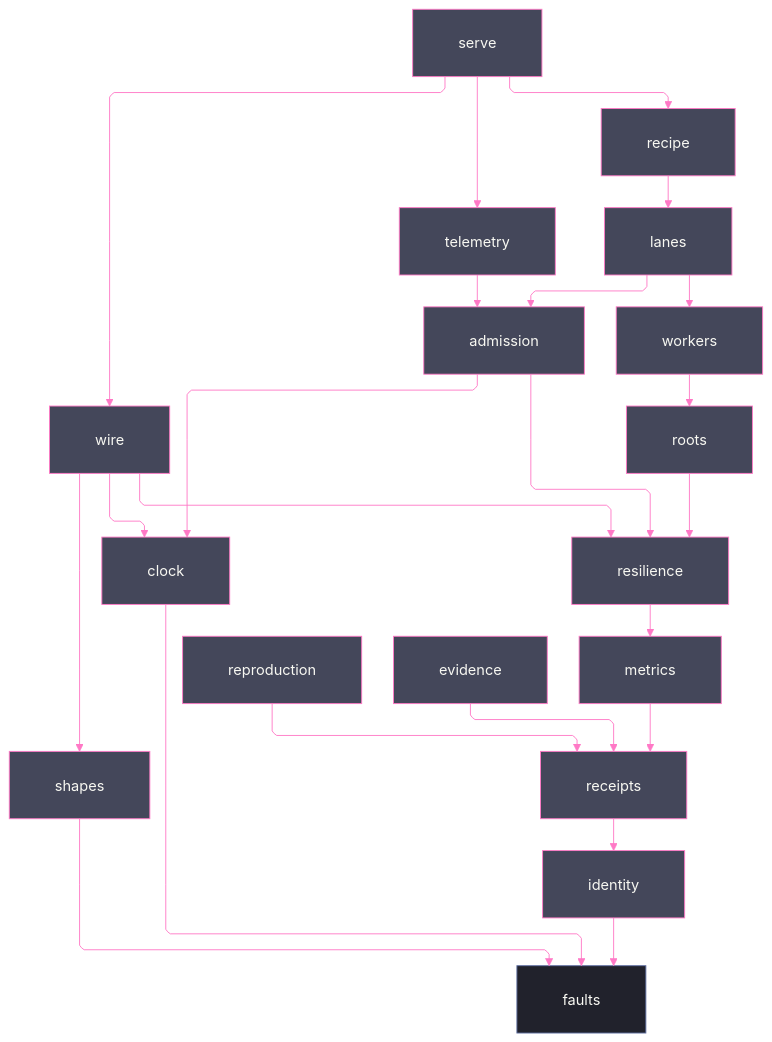
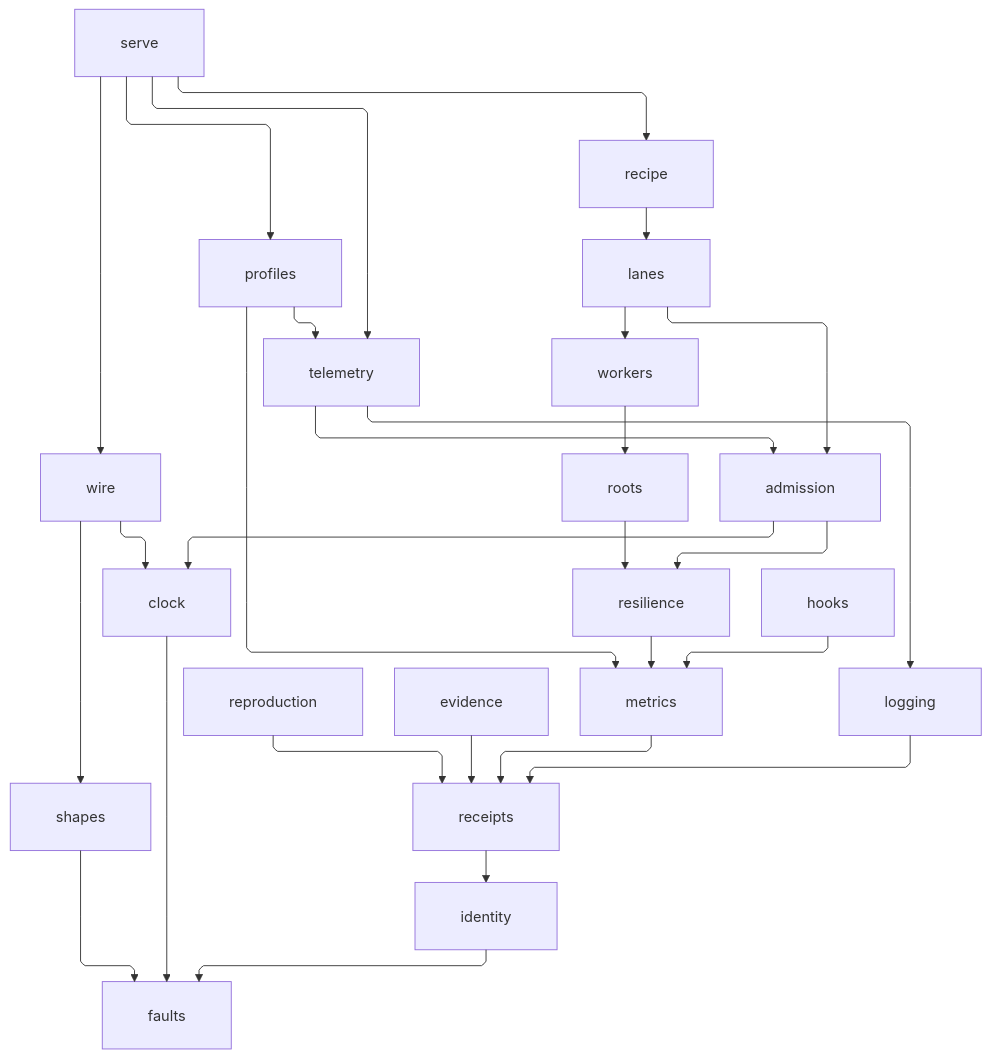
Before and after one commit to bsamiee/Rasm: the third of 3 diagrams in libs/python/runtime/ARCHITECTURE.md, drawn with Mermaid. The commit also changed other lines of this file and 460 other files, not shown here.

Commit message:
campaign(observability): tri-language signal-fabric corpus, .api admission waves, themed-slice + ideation-pool workflows, assay docs rail cleanup

````diff
--- a/libs/python/runtime/ARCHITECTURE.md
+++ b/libs/python/runtime/ARCHITECTURE.md
@@ -179,76 +123,59 @@
 ```mermaid
 ---
 config:
-  theme: base
-  look: classic
   layout: elk
   flowchart:
     curve: linear
     padding: 25
-  themeVariables:
-    darkMode: true
-    fontFamily: "SF Mono, Menlo, Cascadia Mono, Segoe UI Mono, Consolas, monospace"
-    useGradient: false
-    dropShadow: "none"
-    background: "#282A36"
-    primaryColor: "#44475A"
-    primaryTextColor: "#F8F8F2"
-    primaryBorderColor: "#BD93F9"
-    lineColor: "#FF79C6"
-    textColor: "#F8F8F2"
-    clusterBkg: "#21222C"
-    clusterBorder: "#D6BCFA"
-    edgeLabelBackground: "#21222C"
-    labelBackgroundColor: "#21222C"
-    titleColor: "#D6BCFA"
-  themeCSS: ".nodeLabel{font-size:13px;font-weight:500}.edgeLabel{font-size:12px;font-weight:500}.cluster-label .nodeLabel{font-size:13.5px;font-weight:700;letter-spacing:.08em}.edge-thickness-normal{stroke-width:2px}.edge-thickness-thick{stroke-width:3px}.edge-pattern-dashed,.edge-pattern-dotted{stroke-width:1.5px;stroke-dasharray:4 6}.node rect,.node circle,.node polygon,.node path,.node .outer-path{stroke-width:1.5px;filter:none!important}.cluster rect{stroke-width:1px!important;stroke-dasharray:5 4!important;filter:none!important}.marker path{transform:scale(.8);transform-origin:5px 5px}.marker circle{transform:scale(.48);transform-origin:5px 5px}.edgeLabel rect{transform-box:fill-box;transform-origin:center;transform:scale(1.1,1.2)}"
 ---
 flowchart TB
     accTitle: Runtime interior import rail
-    accDescr: Transitive-reduced module import rail descending from the serve composition tier through recipe, lanes, and workers onto roots, telemetry and the wire codec joining at admission and resilience, converging through metrics and receipts onto identity and the faults root, with reproduction and evidence joining at receipts and shapes and clock at faults.
+    accDescr: Transitive-reduced module import rail descending from the serve and profiles composition tiers through recipe, lanes, and workers onto roots, telemetry joining at admission and logging, the wire codec at shapes and clock, converging through hooks, metrics, logging, and receipts onto identity and the faults root, with reproduction and evidence joining at receipts and shapes and clock at faults.
     Serve[serve]
+    Profiles[profiles]
     Recipe[recipe]
     Telemetry[telemetry]
     Wire[wire]
     Lanes[lanes]
     Roots[roots]
     Admission[admission]
     Workers[workers]
     Shapes[shapes]
     Clock[clock]
     Resilience[resilience]
     Reproduction[reproduction]
     Evidence[evidence]
+    Hooks[hooks]
     Metrics[metrics]
+    Logging[logging]
     Receipts[receipts]
     Identity[identity]
     Faults[faults]
     Serve r1@--> Recipe
     Serve r2@--> Telemetry
     Serve r3@--> Wire
+    Serve r28@--> Profiles
+    Profiles r23@--> Telemetry
+    Profiles r24@--> Metrics
     Recipe r4@--> Lanes
     Workers r5@--> Roots
     Telemetry r6@--> Admission
+    Telemetry r25@--> Logging
     Lanes r7@--> Admission
     Lanes r8@--> Workers
     Wire r9@--> Clock
     Wire r10@--> Shapes
     Admission r11@--> Clock
     Admission r12@--> Resilience
-    Wire r13@--> Resilience
     Roots r14@--> Resilience
     Resilience r15@--> Metrics
+    Hooks r26@--> Metrics
     Metrics r16@--> Receipts
+    Logging r27@--> Receipts
     Reproduction r17@--> Receipts
     Evidence r18@--> Receipts
     Receipts r19@--> Identity
     Identity r20@--> Faults
     Shapes r21@--> Faults
     Clock r22@--> Faults
-    classDef primary fill:#44475A,stroke:#FF79C6,color:#F8F8F2
-    classDef recessed fill:#21222C,stroke:#6272A4,color:#F8F8F2
-    classDef edgeControl stroke:#FF79C6,color:#F8F8F2
-    class Serve,Recipe,Telemetry,Wire,Lanes,Roots,Admission,Workers,Shapes,Clock,Resilience,Reproduction,Evidence,Metrics,Receipts,Identity primary
-    class Faults recessed
-    class r1,r2,r3,r4,r5,r6,r7,r8,r9,r10,r11,r12,r13,r14,r15,r16,r17,r18,r19,r20,r21,r22 edgeControl
 ```
````
